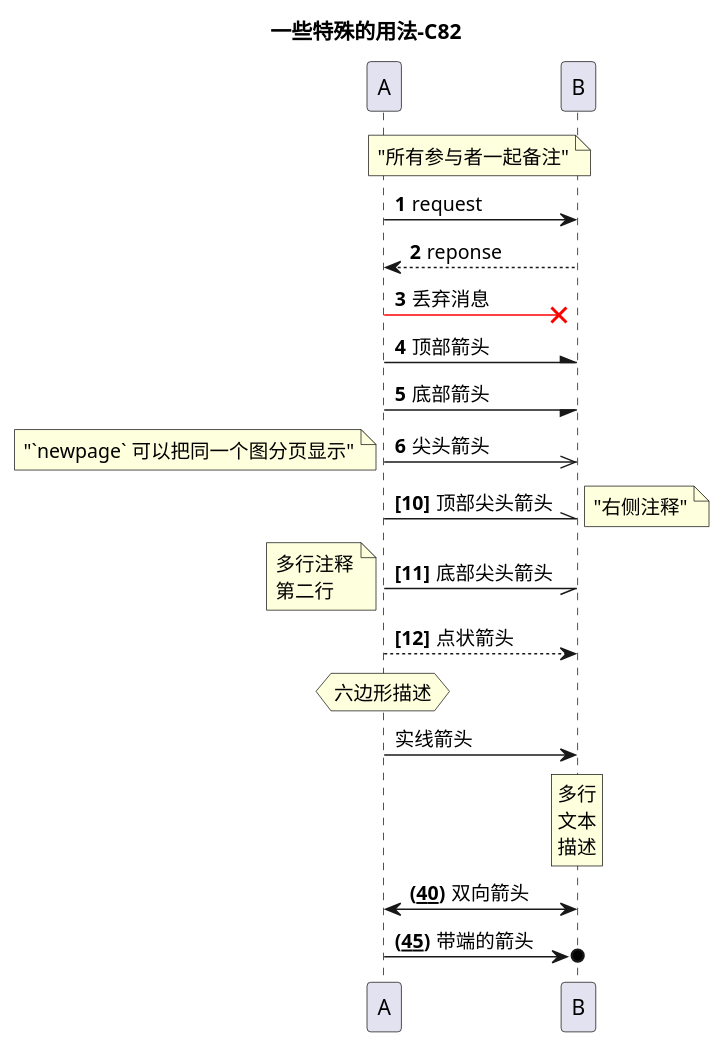
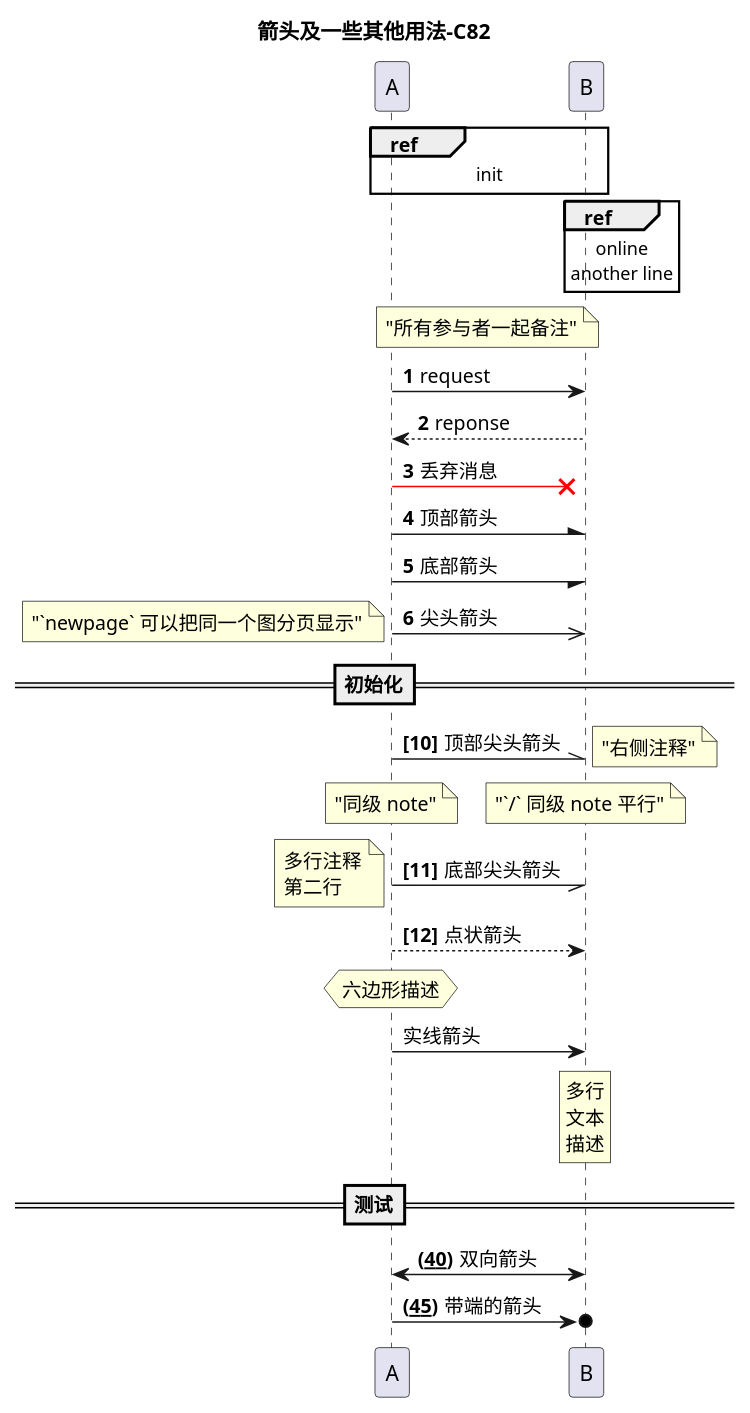
Before and after one commit to securitgithub/plantumlforvscode: diagram 23 of 27 in README.md, drawn with PlantUML. The commit also changed other lines of this file and 1 other file, not shown here.

Commit message:
finish 顺序图

````diff
--- a/README.md
+++ b/README.md
@@ -1009,41 +1015,55 @@
 ```plantuml
-title 一些特殊的用法-C82
+@startuml
+title 箭头及一些其他用法-C82
 
 skinparam responseMessageBelowArrow true
 autonumber
+
+ref over A,B : init
+
+ref over B
+  online
+  another line
+end ref
 
 note across : "所有参与者一起备注"
 
 A -> B : request
 B --> A : reponse
 
 A -[#red]>x B : 丢弃消息
 A -\  B : 顶部箭头
 A -/  B : 底部箭头
 A ->> B : 尖头箭头
 
+==初始化==
+
 note left : "`newpage` 可以把同一个图分页显示"
 
 autonumber 10 "<b>[00]"
 A -\\ B : 顶部尖头箭头
 note right : "右侧注释"
+note over A : "同级 note"
+/note over B : "`/` 同级 note 平行"
 A -// B : 底部尖头箭头
 note left
 多行注释
 第二行
 end note
 A --> B : 点状箭头
 hnote over A : 六边形描述
 autonumber stop
 A ->  B : 实线箭头
 rnote over B
     多行
     文本
     描述
 endrnote
 
+==测试==
+
 autonumber 40 5 "<b>(<u>##</u>)"
 A <-> B : 双向箭头
 A ->o B : 带端的箭头
 @enduml
 ```
````
